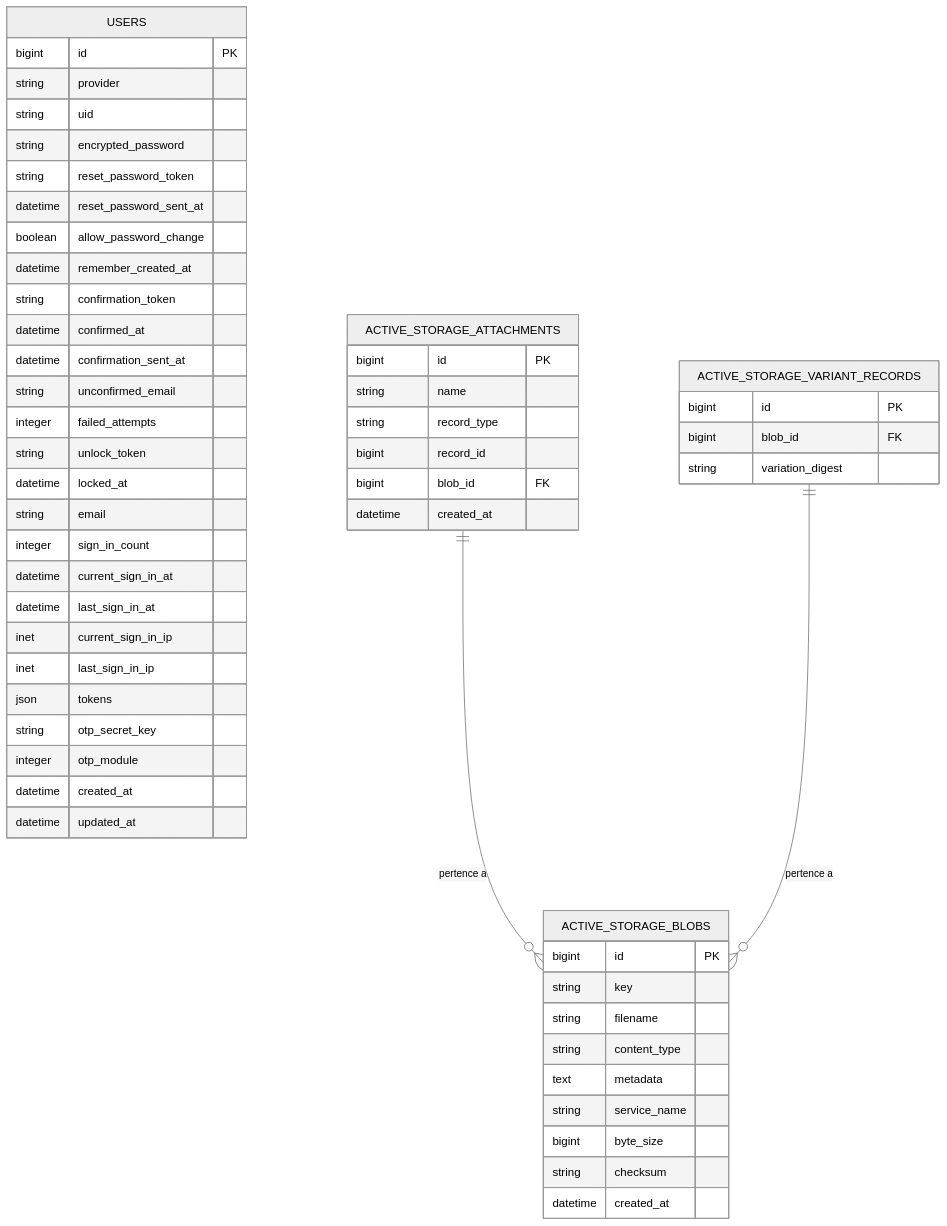
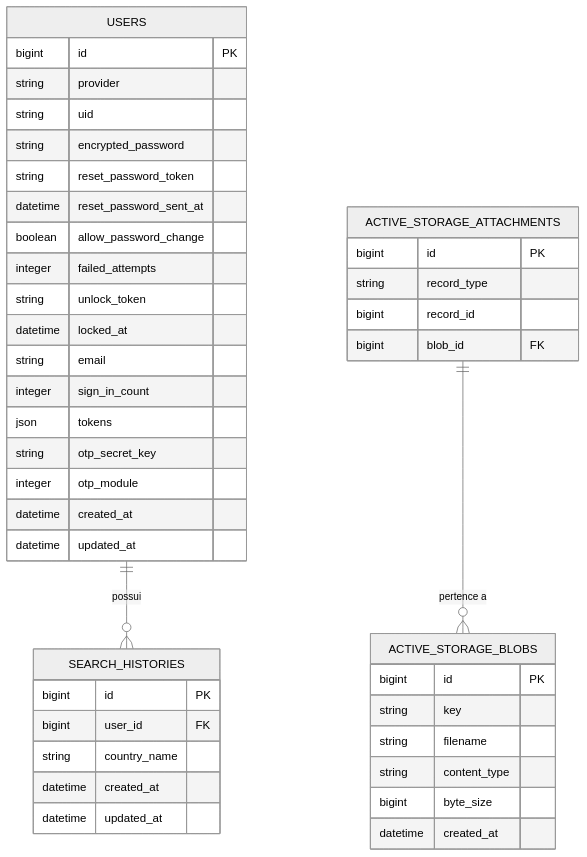
One commit to flaugabriel/country-explorer changed the diagram in ia/docs/database.md. Above: the diagram before and after it, drawn with Mermaid (neutral theme). The commit also changed other lines of this file and 41 other files, not shown here.

````diff
--- a/ia/docs/database.md
+++ b/ia/docs/database.md
@@ -12,61 +12,50 @@
 ```mermaid
 erDiagram
+    USERS ||--o{ SEARCH_HISTORIES : "possui"
+
     USERS {
         bigint id PK
         string provider
         string uid
         string encrypted_password
         string reset_password_token
         datetime reset_password_sent_at
         boolean allow_password_change
-        datetime remember_created_at
-        string confirmation_token
-        datetime confirmed_at
-        datetime confirmation_sent_at
-        string unconfirmed_email
         integer failed_attempts
         string unlock_token
         datetime locked_at
         string email
         integer sign_in_count
-        datetime current_sign_in_at
-        datetime last_sign_in_at
-        inet current_sign_in_ip
-        inet last_sign_in_ip
         json tokens
         string otp_secret_key
         integer otp_module
+        datetime created_at
+        datetime updated_at
+    }
+
+    SEARCH_HISTORIES {
+        bigint id PK
+        bigint user_id FK
+        string country_name
         datetime created_at
         datetime updated_at
     }
 
     ACTIVE_STORAGE_BLOBS {
         bigint id PK
         string key
         string filename
         string content_type
-        text metadata
-        string service_name
         bigint byte_size
-        string checksum
         datetime created_at
     }
 
     ACTIVE_STORAGE_ATTACHMENTS {
         bigint id PK
-        string name
         string record_type
         bigint record_id
         bigint blob_id FK
-        datetime created_at
-    }
-
-    ACTIVE_STORAGE_VARIANT_RECORDS {
-        bigint id PK
-        bigint blob_id FK
-        string variation_digest
     }
 
     ACTIVE_STORAGE_ATTACHMENTS ||--o{ ACTIVE_STORAGE_BLOBS : "pertence a"
-    ACTIVE_STORAGE_VARIANT_RECORDS ||--o{ ACTIVE_STORAGE_BLOBS : "pertence a"
 ```
````
